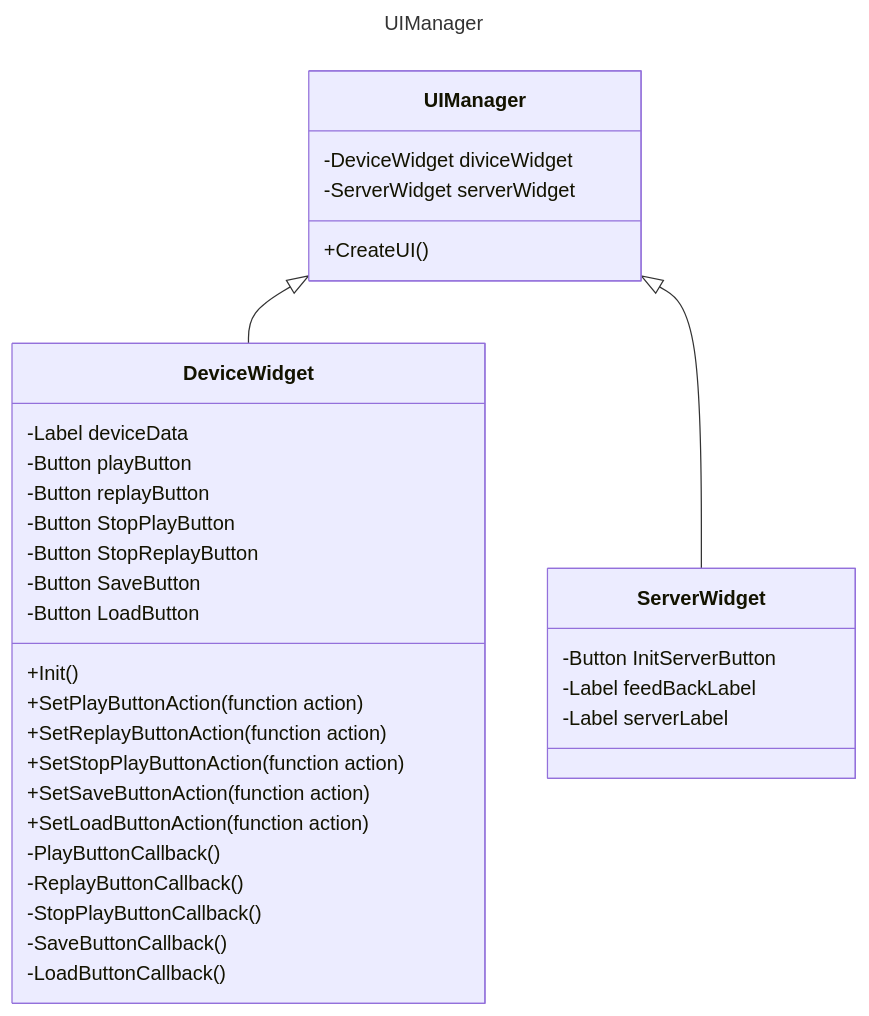
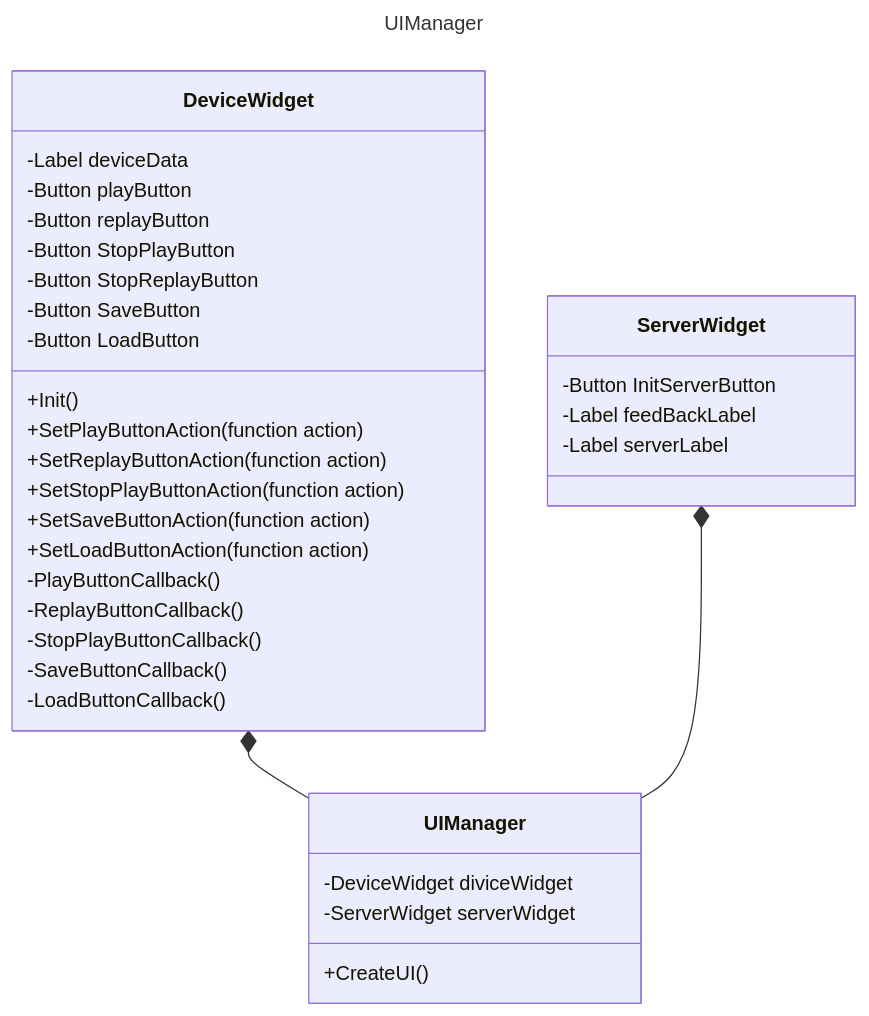
The third of 3 diagrams in sniffer_vault/Architecture/Sniffer Hub.md (cmcm21/QAUnityTool), drawn with Mermaid before and after one commit. The commit also changed other lines of this file and 11 other files, not shown here.

Commit message:
Main window, server widget and logger widget

````diff
--- a/sniffer_vault/Architecture/Sniffer Hub.md
+++ b/sniffer_vault/Architecture/Sniffer Hub.md
@@ -112,48 +113,48 @@
 ```mermaid
 ---
 title: UIManager
 ---
 classDiagram
 direction TB
 
 class UIManager {
 	-DeviceWidget diviceWidget
 	-ServerWidget serverWidget
 
 	+CreateUI()
 }
 
 class DeviceWidget{
 	 -Label deviceData
 	 -Button playButton
 	 -Button replayButton	
 	 -Button StopPlayButton
 	 -Button StopReplayButton
 	 -Button SaveButton
 	 -Button LoadButton
 
 	 +Init()
 
 	 +SetPlayButtonAction(function action)
 	 +SetReplayButtonAction(function action)
 	 +SetStopPlayButtonAction(function action)
 	 +SetSaveButtonAction(function action)
 	 +SetLoadButtonAction(function action)
 
 	 -PlayButtonCallback()
 	 -ReplayButtonCallback()
 	 -StopPlayButtonCallback()
 	 -SaveButtonCallback()
 	 -LoadButtonCallback()
 }
 
 class ServerWidget{
 	-Button InitServerButton
 	-Label feedBackLabel
 	-Label serverLabel
 }
 
 
-UIManager<|--DeviceWidget
-UIManager<|--ServerWidget
+DeviceWidget*--UIManager
+ServerWidget*--UIManager
 ```
````
